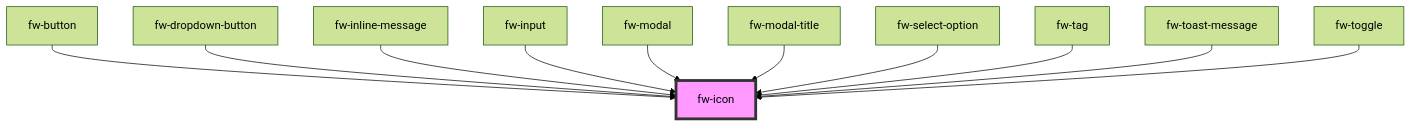
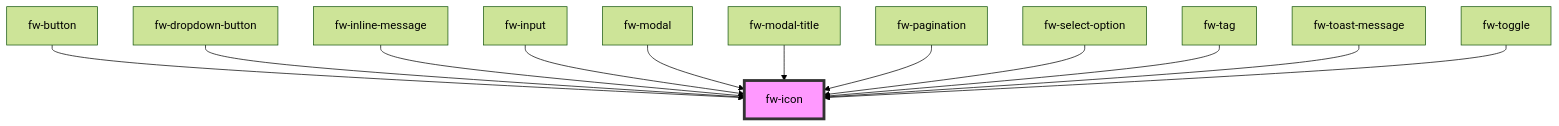
One commit to freshworks/crayons changed the diagram in packages/crayons-core/src/components/icon/readme.md. Above: the diagram before and after it, drawn with Mermaid (forest theme). The commit also changed other lines of this file and 8 other files, not shown here.

````diff
--- a/packages/crayons-core/src/components/icon/readme.md
+++ b/packages/crayons-core/src/components/icon/readme.md
@@ -74,14 +75,15 @@
 ```mermaid
 graph TD;
   fw-button --> fw-icon
   fw-dropdown-button --> fw-icon
   fw-inline-message --> fw-icon
   fw-input --> fw-icon
   fw-modal --> fw-icon
   fw-modal-title --> fw-icon
+  fw-pagination --> fw-icon
   fw-select-option --> fw-icon
   fw-tag --> fw-icon
   fw-toast-message --> fw-icon
   fw-toggle --> fw-icon
   style fw-icon fill:#f9f,stroke:#333,stroke-width:4px
 ```
````
